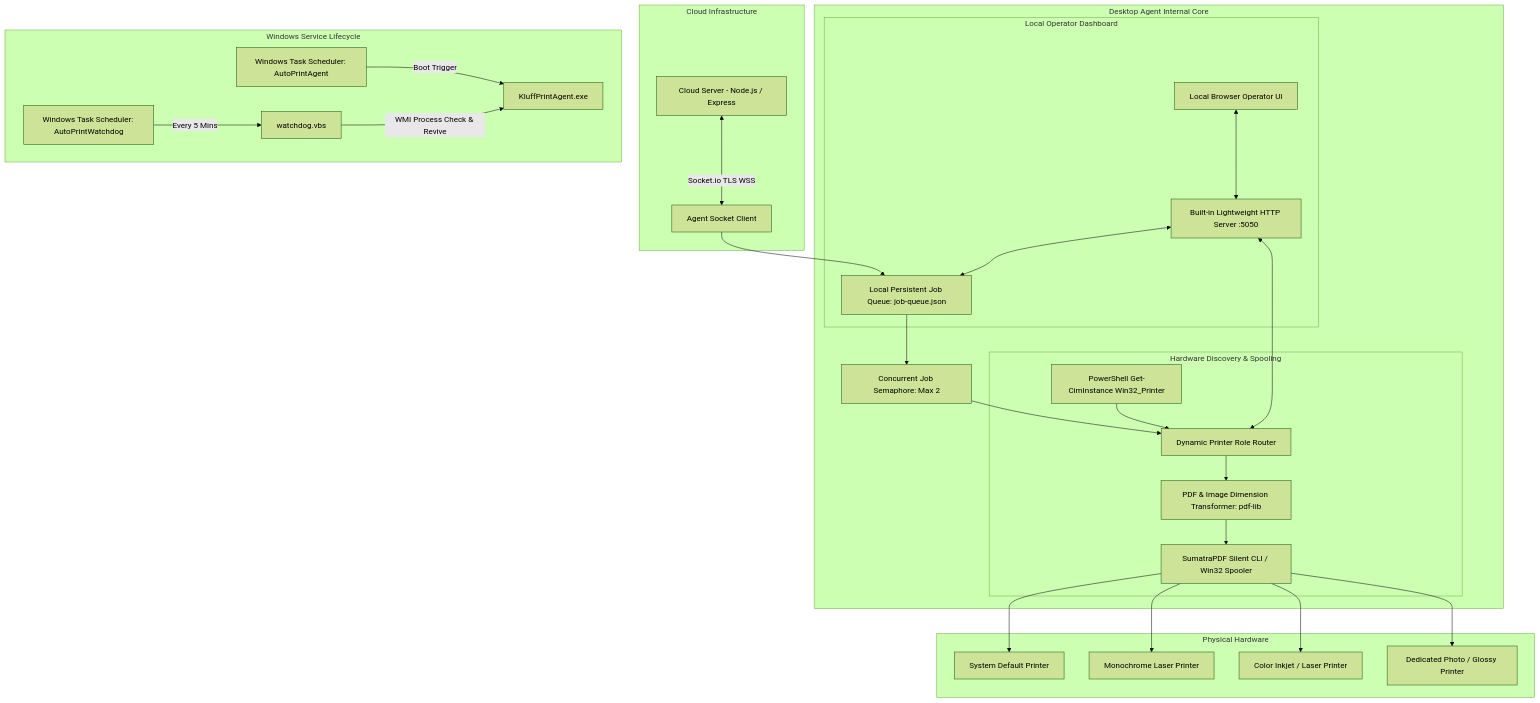
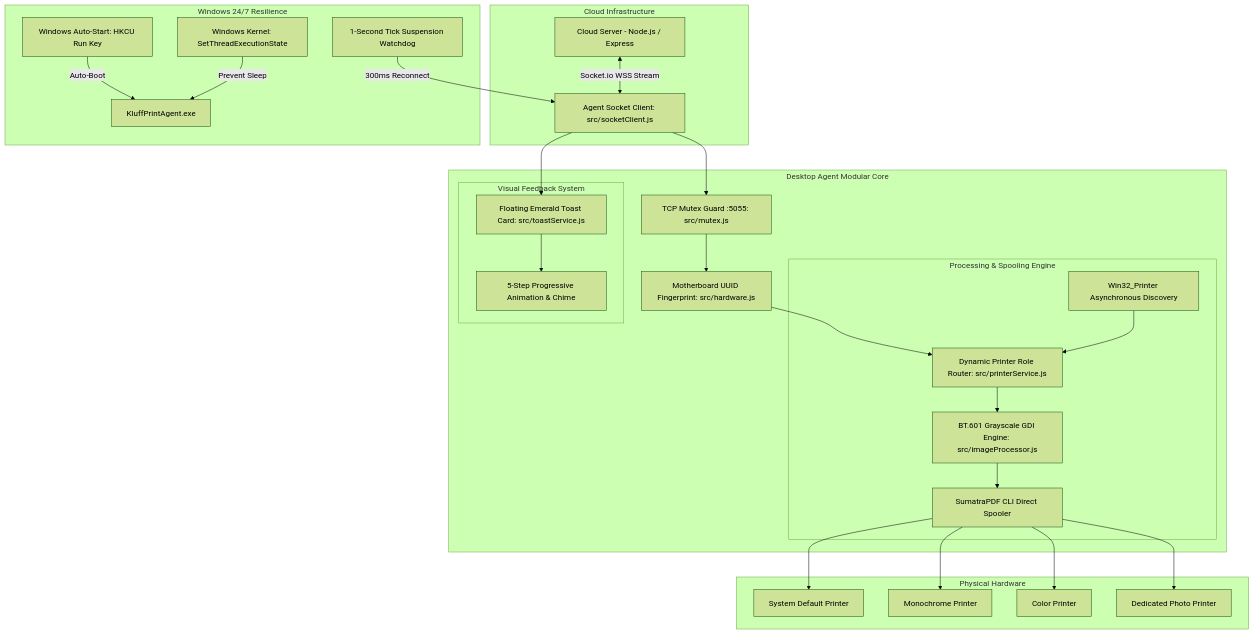
One commit to chandan221012-netizen/kluff changed the second of 2 diagrams in README.md. Above: the diagram before and after it, drawn with Mermaid (forest theme). The commit also changed other lines of this file and 1 other file, not shown here.

Commit message:
docs: comprehensive update to README and AGENT_ARCHITECTURE reflecting pure GUI, zero-console toast, and 24/7 resilience

````diff
--- a/README.md
+++ b/README.md
@@ -57,37 +58,36 @@
 ```mermaid
 flowchart TD
     subgraph Cloud Infrastructure
-        CS[Cloud Server - Node.js / Express] <-->|Socket.io TLS WSS| WSClient[Agent Socket Client]
+        CS[Cloud Server - Node.js / Express] <-->|Socket.io WSS Stream| WSClient[Agent Socket Client: src/socketClient.js]
     end
 
-    subgraph Desktop Agent Internal Core
-        WSClient --> QueueManager[Local Persistent Job Queue: job-queue.json]
-        QueueManager --> Semaphore[Concurrent Job Semaphore: Max 2]
-        Semaphore --> Router[Dynamic Printer Role Router]
+    subgraph Desktop Agent Modular Core
+        WSClient --> Guard[TCP Mutex Guard :5055: src/mutex.js]
+        Guard --> HWLock[Motherboard UUID Fingerprint: src/hardware.js]
+        HWLock --> Router[Dynamic Printer Role Router: src/printerService.js]
         
-        subgraph Hardware Discovery & Spooling
-            Discovery[PowerShell Get-CimInstance Win32_Printer] --> Router
-            Router --> Transformer[PDF & Image Dimension Transformer: pdf-lib]
-            Transformer --> Spooler[SumatraPDF Silent CLI / Win32 Spooler]
+        subgraph Processing & Spooling Engine
+            Discovery[Win32_Printer Asynchronous Discovery] --> Router
+            Router --> ImageEng[BT.601 Grayscale GDI Engine: src/imageProcessor.js]
+            ImageEng --> Spooler[SumatraPDF CLI Direct Spooler]
         end
 
-        subgraph Local Operator Dashboard
-            HTTPServer[Built-in Lightweight HTTP Server :5050] <--> Router
-            HTTPServer <--> QueueManager
-            Browser[Local Browser Operator UI] <--> HTTPServer
+        subgraph Visual Feedback System
+            WSClient --> Toast[Floating Emerald Toast Card: src/toastService.js]
+            Toast --> UI[5-Step Progressive Animation & Chime]
         end
     end
 
     subgraph Physical Hardware
         Spooler --> DefaultP[System Default Printer]
-        Spooler --> BWPrinter[Monochrome Laser Printer]
-        Spooler --> ColorPrinter[Color Inkjet / Laser Printer]
-        Spooler --> PhotoPrinter[Dedicated Photo / Glossy Printer]
+        Spooler --> BWPrinter[Monochrome Printer]
+        Spooler --> ColorPrinter[Color Printer]
+        Spooler --> PhotoPrinter[Dedicated Photo Printer]
     end
 
-    subgraph Windows Service Lifecycle
-        TaskSched[Windows Task Scheduler: AutoPrintAgent] -->|Boot Trigger| AgentProcess[KluffPrintAgent.exe]
-        Watchdog[Windows Task Scheduler: AutoPrintWatchdog] -->|Every 5 Mins| VBScript[watchdog.vbs]
-        VBScript -->|WMI Process Check & Revive| AgentProcess
+    subgraph Windows 24/7 Resilience
+        Registry[Windows Auto-Start: HKCU Run Key] -->|Auto-Boot| AgentProcess[KluffPrintAgent.exe]
+        PwrMgmt[Windows Kernel: SetThreadExecutionState] -->|Prevent Sleep| AgentProcess
+        Wakeup[1-Second Tick Suspension Watchdog] -->|300ms Reconnect| WSClient
     end
 ```
````
